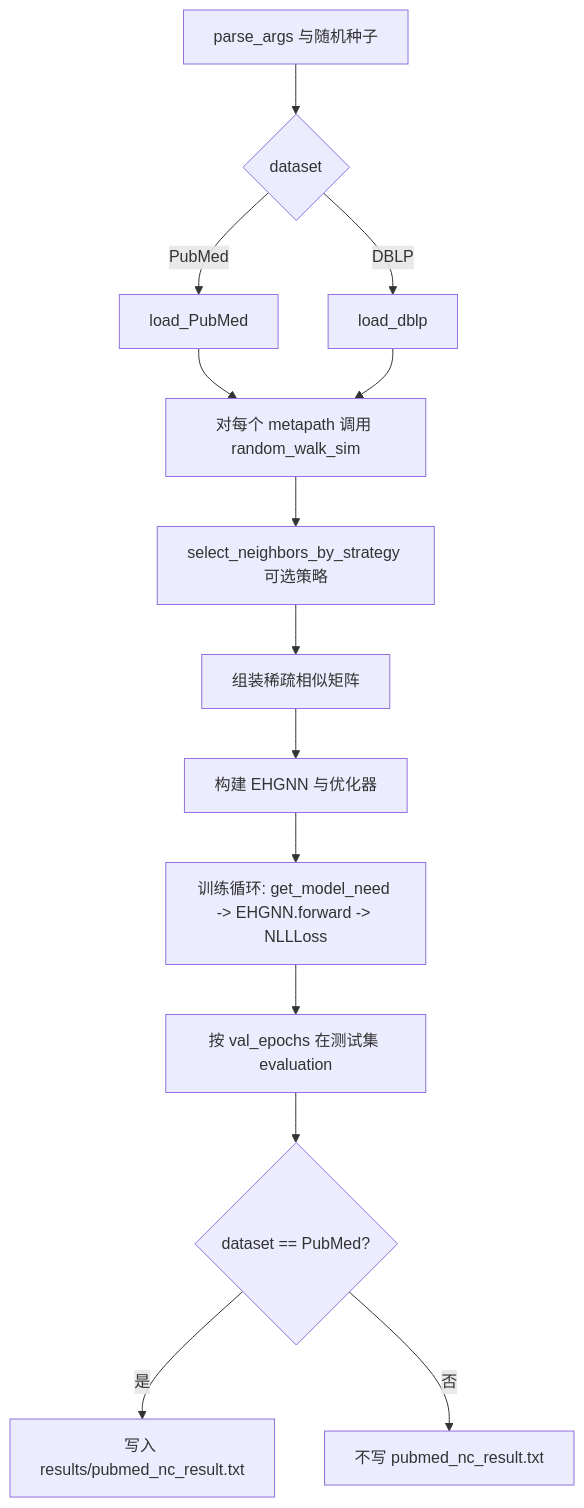
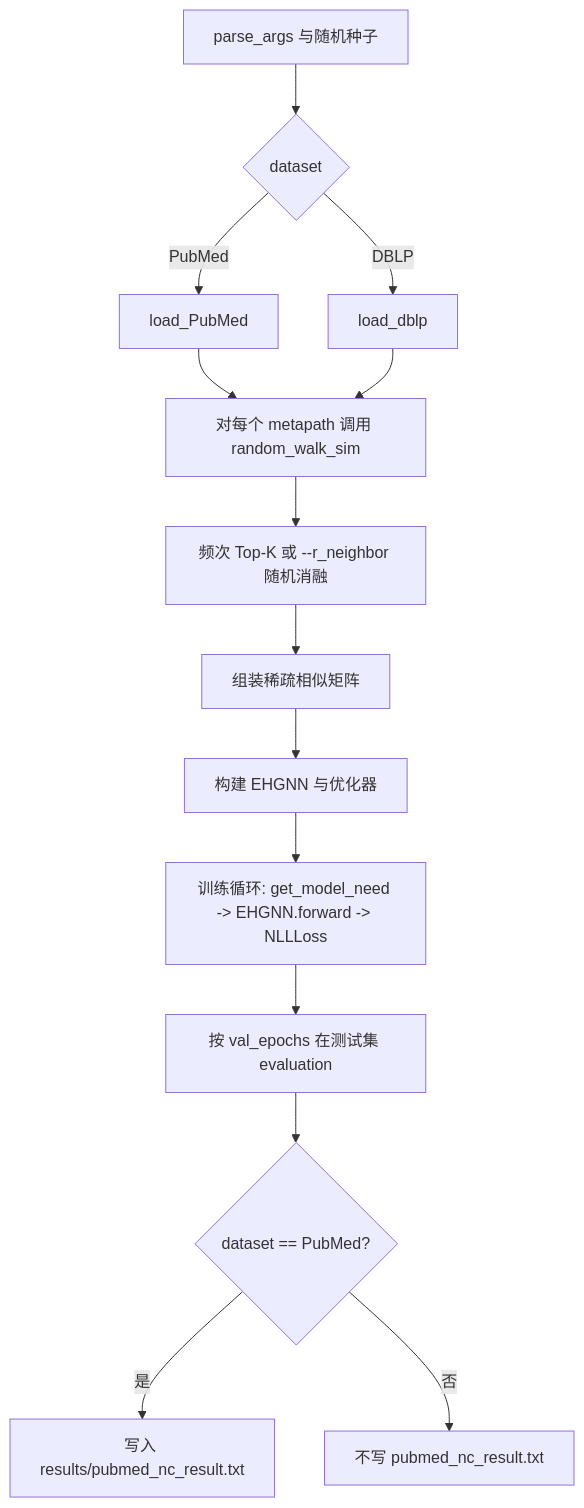
The diagram in PROJECT_STRUCTURE_AND_USAGE.md (Fire7Lemon/EHGNN), drawn with Mermaid before and after one commit. The commit also changed other lines of this file and 6 other files, not shown here.

````diff
--- a/PROJECT_STRUCTURE_AND_USAGE.md
+++ b/PROJECT_STRUCTURE_AND_USAGE.md
@@ -142,16 +144,16 @@
 ```mermaid
 flowchart TD
   A[parse_args 与随机种子] --> B{dataset}
   B -->|PubMed| C[load_PubMed]
   B -->|DBLP| D[load_dblp]
   C --> E[对每个 metapath 调用 random_walk_sim]
   D --> E
-  E --> F[select_neighbors_by_strategy 可选策略]
+  E --> F[频次 Top-K 或 --r_neighbor 随机消融]
   F --> G[组装稀疏相似矩阵]
   G --> H[构建 EHGNN 与优化器]
   H --> I[训练循环: get_model_need -> EHGNN.forward -> NLLLoss]
   I --> J[按 val_epochs 在测试集 evaluation]
   J --> K{dataset == PubMed?}
   K -->|是| L[写入 results/pubmed_nc_result.txt]
   K -->|否| M[不写 pubmed_nc_result.txt]
 ```
````
